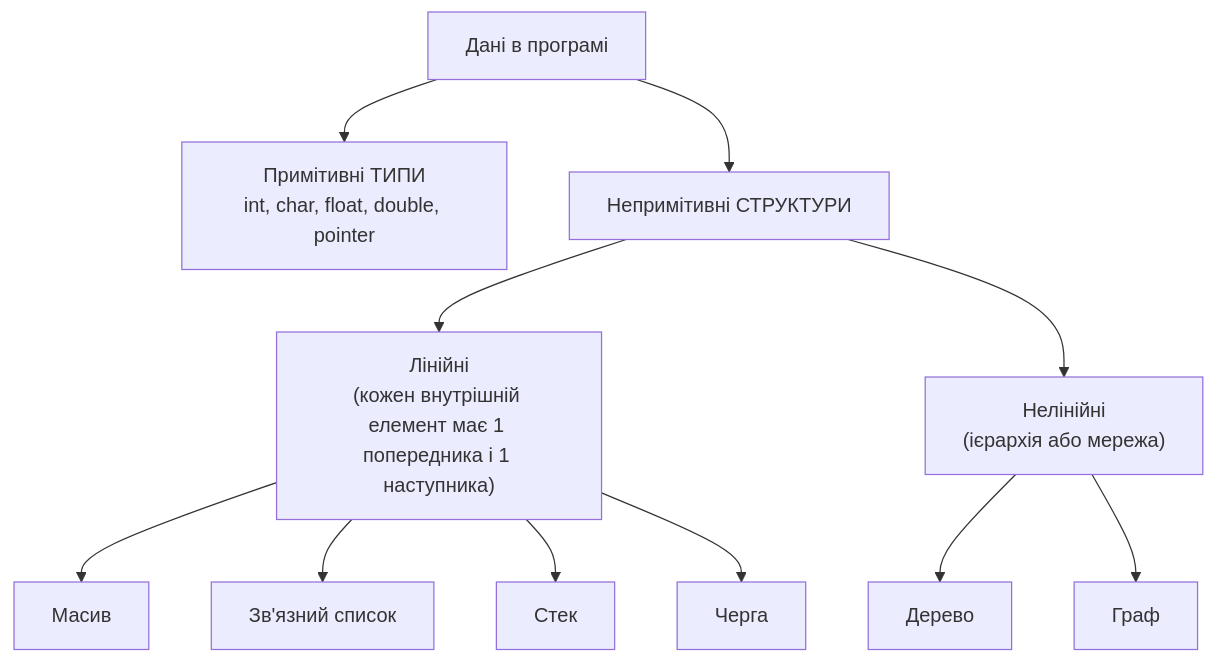
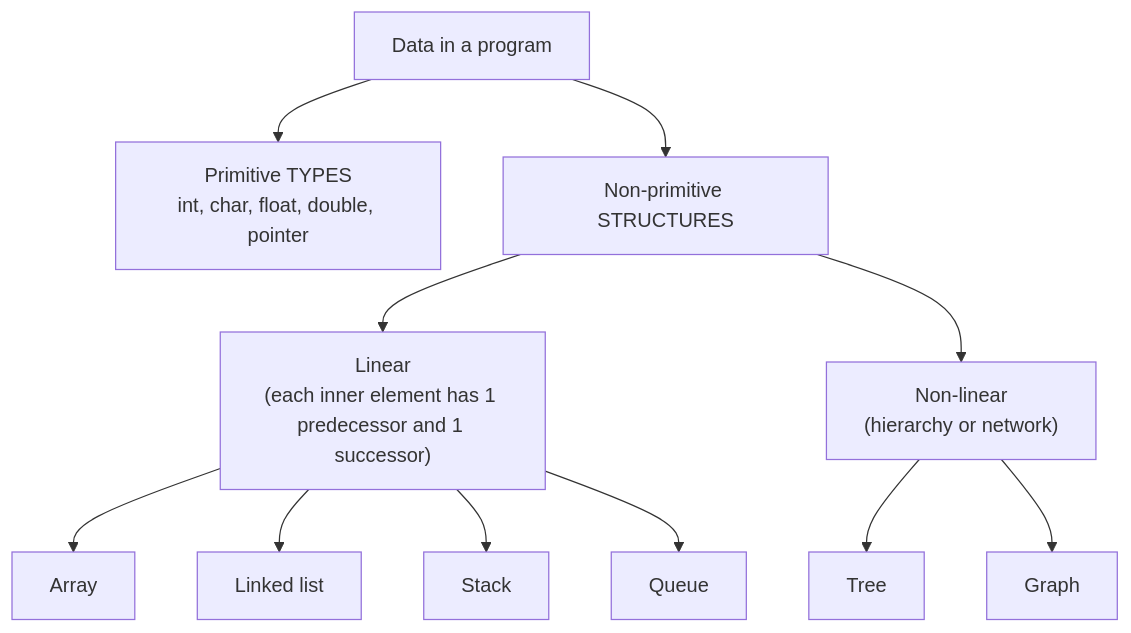
Before and after one commit to olegonilo/DSA: the diagram in docs/01-intro-classification.md, drawn with Mermaid. The commit also changed other lines of this file and 86 other files, not shown here.

````diff
--- a/docs/01-intro-classification.md
+++ b/docs/01-intro-classification.md
@@ -17,9 +17,9 @@
 ```mermaid
 graph TD
-    DS[Дані в програмі] --> P["Примітивні ТИПИ<br/>int, char, float, double, pointer"]
-    DS --> NP[Непримітивні СТРУКТУРИ]
-    NP --> L["Лінійні<br/>(кожен внутрішній елемент має 1 попередника і 1 наступника)"]
-    NP --> NL["Нелінійні<br/>(ієрархія або мережа)"]
-    L --> A[Масив] & LL[Зв'язний список] & S[Стек] & Q[Черга]
-    NL --> T[Дерево] & G[Граф]
+    DS[Data in a program] --> P["Primitive TYPES<br/>int, char, float, double, pointer"]
+    DS --> NP[Non-primitive STRUCTURES]
+    NP --> L["Linear<br/>(each inner element has 1 predecessor and 1 successor)"]
+    NP --> NL["Non-linear<br/>(hierarchy or network)"]
+    L --> A[Array] & LL[Linked list] & S[Stack] & Q[Queue]
+    NL --> T[Tree] & G[Graph]
 ```
````
